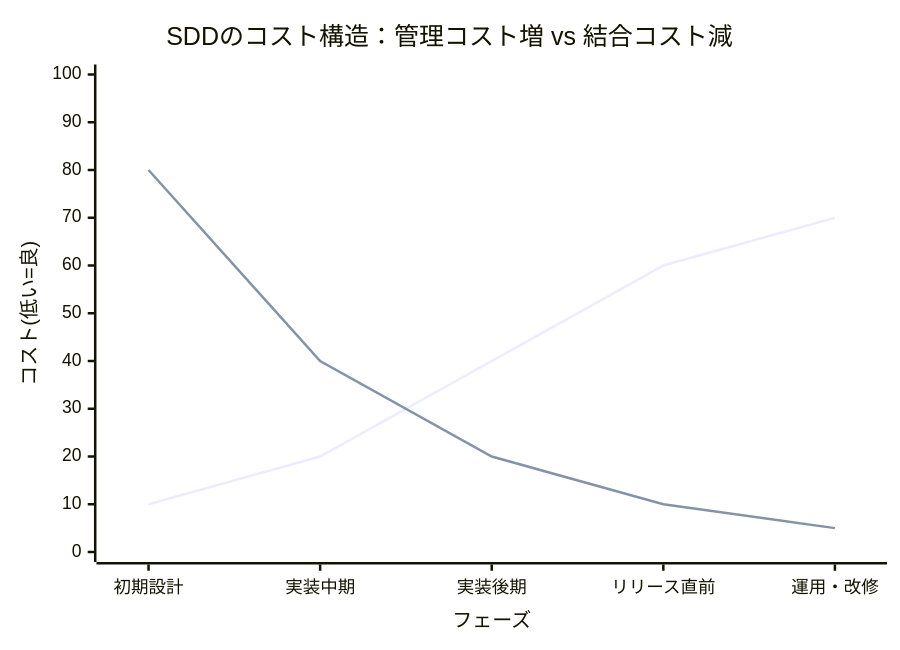
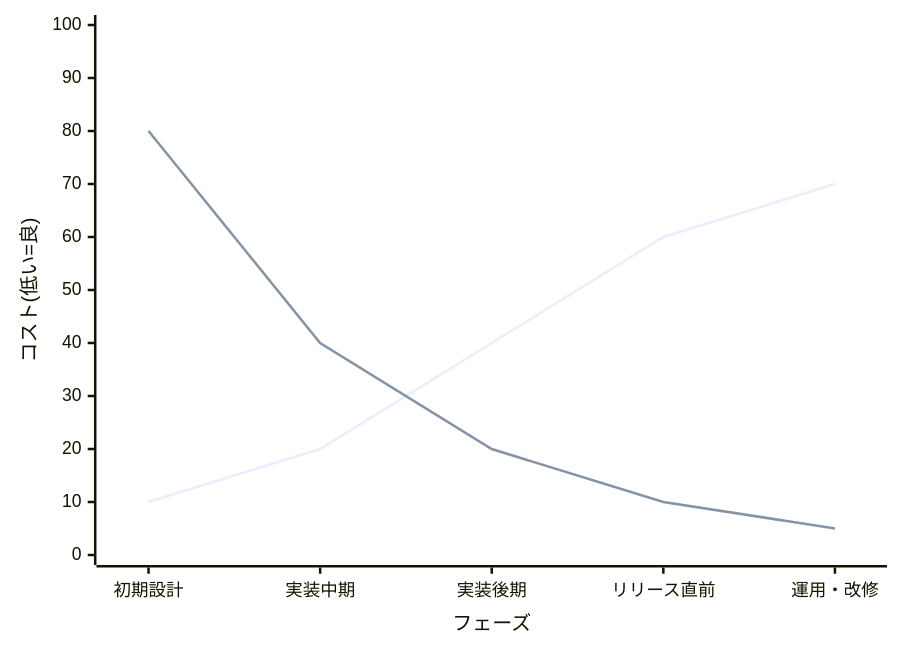
Before and after one commit to Hal-Spidernight/slide_tskaigi_hokuriku: the fourth of 4 diagrams in pages/section3.md, drawn with Mermaid. The commit also changed other lines of this file and 1 other file, not shown here.

````diff
--- a/pages/section3.md
+++ b/pages/section3.md
@@ -34,8 +72,7 @@
 ```mermaid
 xychart-beta
-    title "SDDのコスト構造：管理コスト増 vs 結合コスト減"
     x-axis "フェーズ" ["初期設計", "実装中期","実装後期", "リリース直前", "運用・改修"]
     y-axis "コスト(低い=良)" 0 --> 100
     line [10, 20, 40, 60, 70]
     line [80, 40, 20, 10, 5]
 ```
````
